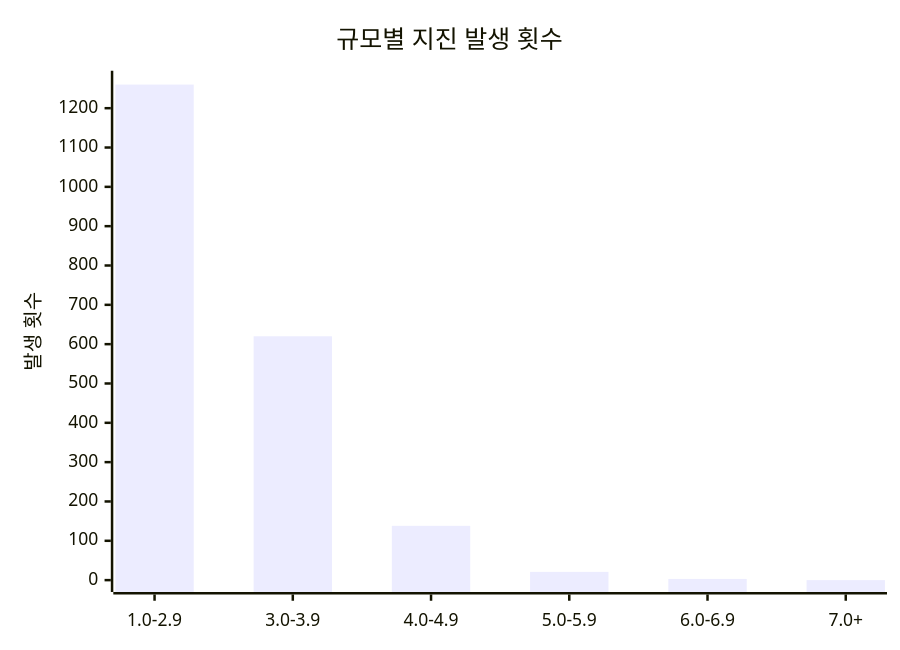
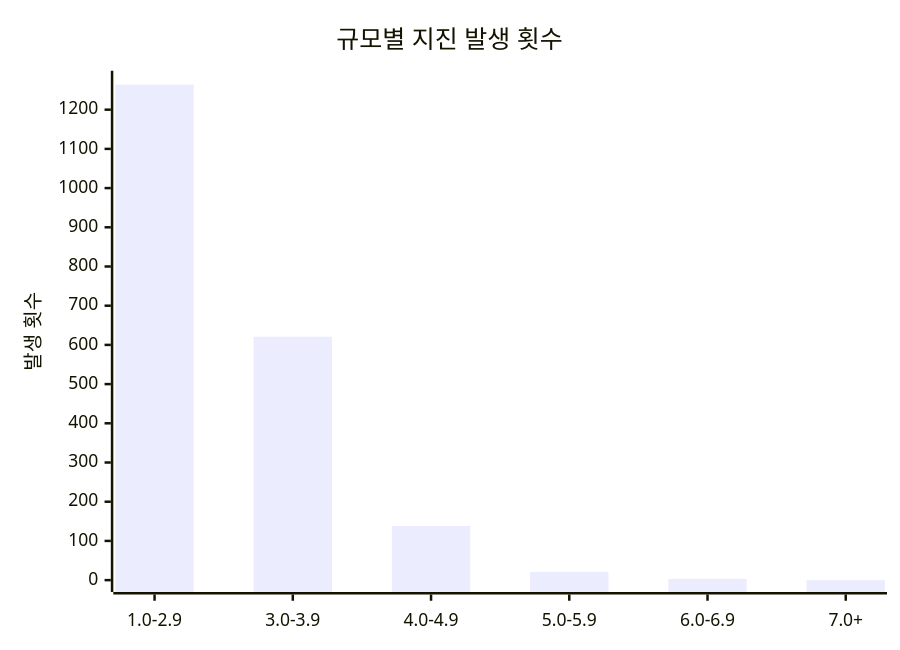
One commit to serendip811/japan-eq changed the diagram in charts/magnitude-chart.md. Above: the diagram before and after it, drawn with Mermaid. The commit also changed other lines of this file and 5 other files, not shown here.

Commit message:
Update earthquake data and charts Wed Jul 16 08:05:25 UTC 2025

````diff
--- a/charts/magnitude-chart.md
+++ b/charts/magnitude-chart.md
@@ -3,7 +3,7 @@
 ```mermaid
 xychart-beta
     title "규모별 지진 발생 횟수"
     x-axis [1.0-2.9, 3.0-3.9, 4.0-4.9, 5.0-5.9, 6.0-6.9, 7.0+]
-    y-axis "발생 횟수" 0 --> 1265
-    bar [1260, 620, 138, 21, 3, 0]
+    y-axis "발생 횟수" 0 --> 1269
+    bar [1264, 621, 138, 21, 3, 0]
 ```
````
